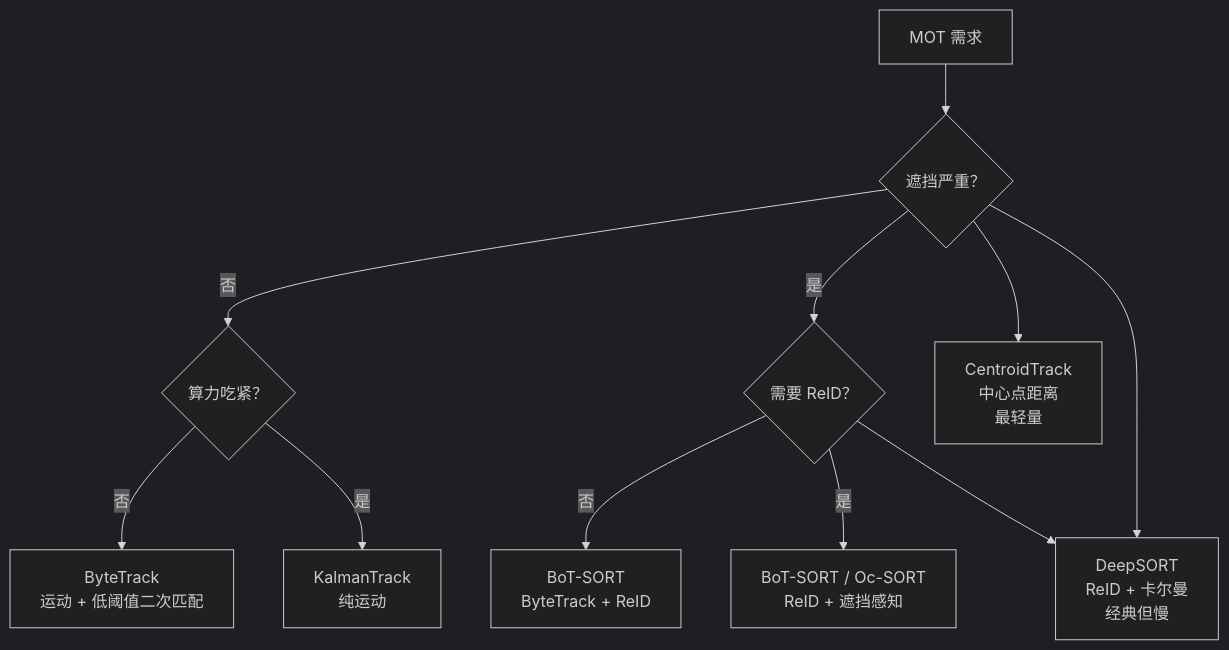
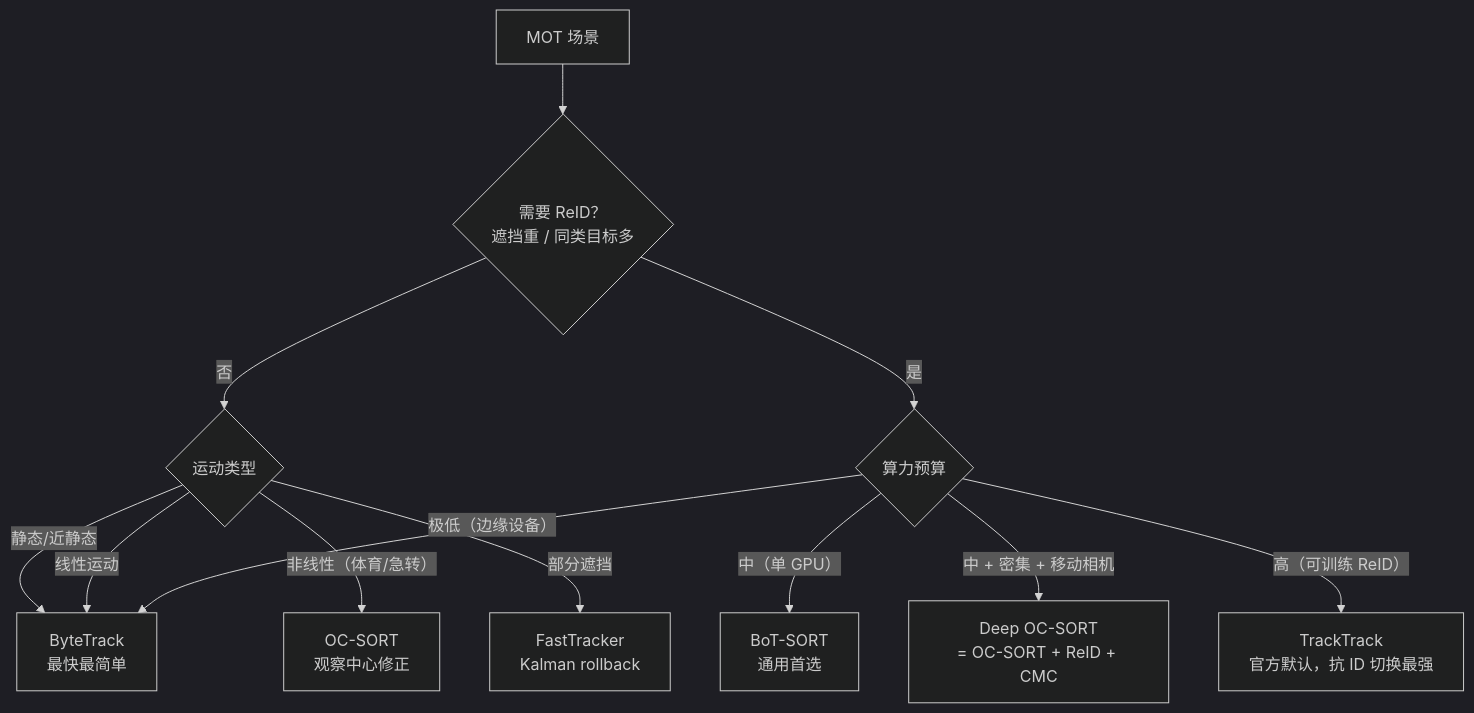
One commit to yejinlei/agent-yolo changed the first of 4 diagrams in docs/cases/mot.md. Above: the diagram before and after it, drawn with Mermaid (dark theme). The commit also changed other lines of this file and 6 other files, not shown here.

First line of the commit message:
docs: Batch 5 - MOT 6 tracker + Solutions recipes + Depth + YOLO27 radar

````diff
--- a/docs/cases/mot.md
+++ b/docs/cases/mot.md
@@ -20,15 +39,14 @@
 ```mermaid
 flowchart TB
-  A[MOT 需求] --> B{遮挡严重？}
-  B -->|否| C{算力吃紧？}
-  B -->|是| D{需要 ReID？}
-  C -->|否| E[ByteTrack<br/>运动 + 低阈值二次匹配]
-  C -->|是| F[KalmanTrack<br/>纯运动]
-  D -->|否| G[BoT-SORT<br/>ByteTrack + ReID]
-  D -->|是| H[BoT-SORT / Oc-SORT<br/>ReID + 遮挡感知]
-  I[DeepSORT<br/>ReID + 卡尔曼<br/>经典但慢]
-  J[CentroidTrack<br/>中心点距离<br/>最轻量]
-  B --> J
-  B --> I
-  D --> I
+  A[MOT 场景] --> B{需要 ReID？<br/>遮挡重 / 同类目标多}
+  B -->|否| C{运动类型}
+  B -->|是| D{算力预算}
+  C -->|静态/近静态| E[ByteTrack<br/>最快最简单]
+  C -->|线性运动| E
+  C -->|非线性（体育/急转）| F[OC-SORT<br/>观察中心修正]
+  C -->|部分遮挡 | G[FastTracker<br/>Kalman rollback]
+  D -->|极低（边缘设备）| E
+  D -->|中（单 GPU）| H[BoT-SORT<br/>通用首选]
+  D -->|中 + 密集 + 移动相机| I[Deep OC-SORT<br/>= OC-SORT + ReID + CMC]
+  D -->|高（可训练 ReID）| J[TrackTrack<br/>官方默认，抗 ID 切换最强]
 ```
````
